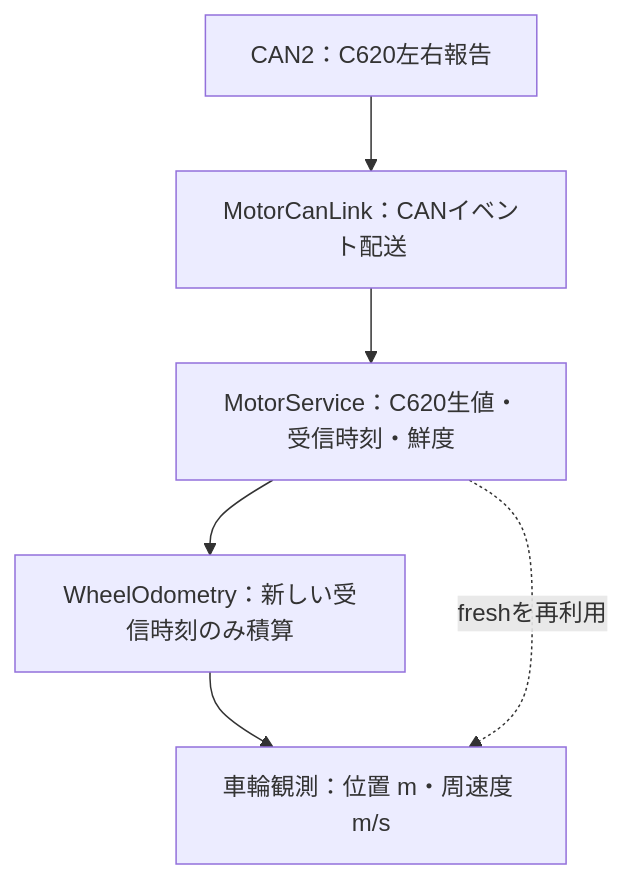
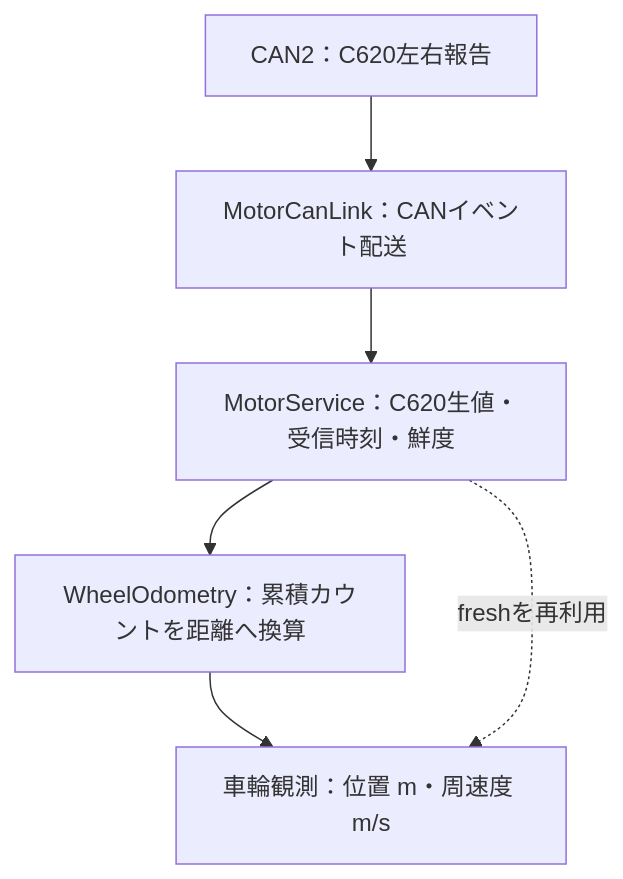
The tenth of 18 diagrams in docs/diagrams.md (kou-pen/balancing), drawn with Mermaid before and after one commit. The commit also changed other lines of this file and 22 other files, not shown here.

```diff
--- a/docs/diagrams.md
+++ b/docs/diagrams.md
@@ -302,8 +302,8 @@
 <pre class="mermaid">
 flowchart TB
     CAN["CAN2：C620左右報告"] --> LINK["MotorCanLink：CANイベント配送"]
     LINK --> SERVICE["MotorService：C620生値・受信時刻・鮮度"]
-    SERVICE --> ODOM["WheelOdometry：新しい受信時刻のみ積算"]
+    SERVICE --> ODOM["WheelOdometry：累積カウントを距離へ換算"]
     ODOM --> EST["車輪観測：位置 m・周速度 m/s"]
     SERVICE -.->|"freshを再利用"| EST
 </pre>
```
